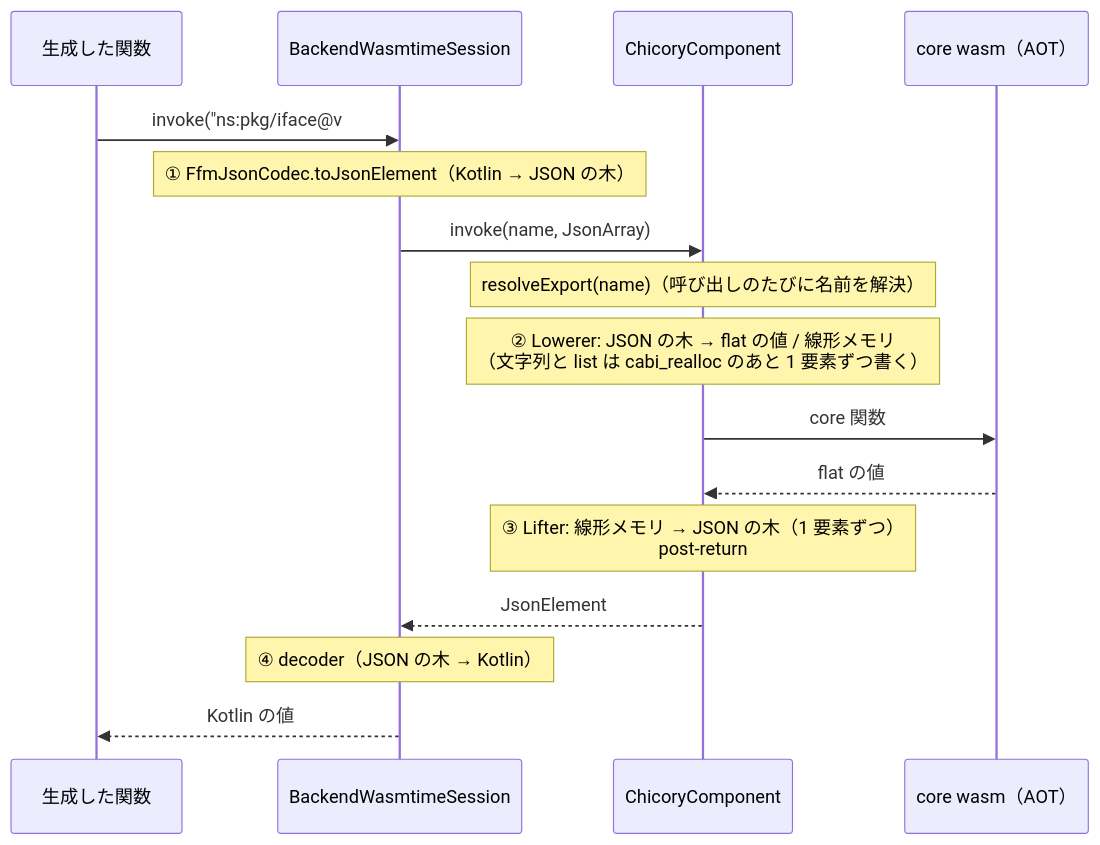
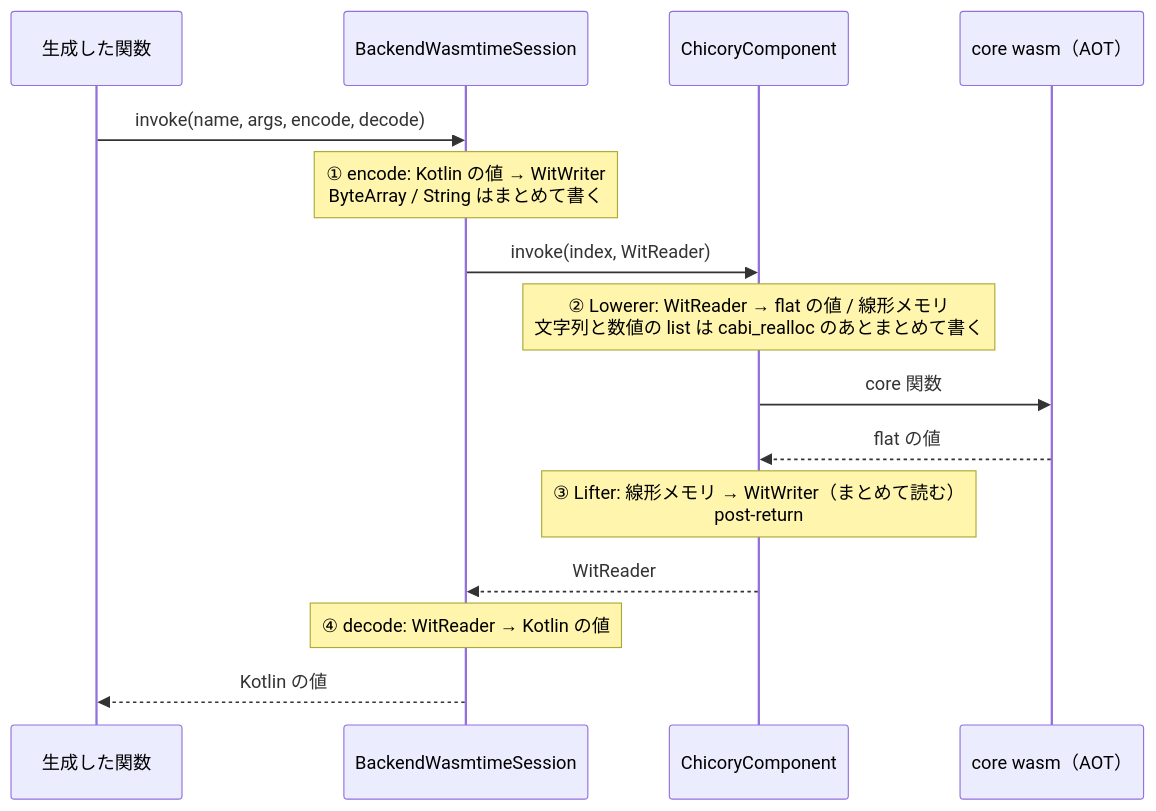
Before and after one commit to chikoski/wasm-component-kotlin: the first of 2 diagrams in docs/call-path.md, drawn with Mermaid. The commit also changed other lines of this file and 44 other files, not shown here.

````diff
--- a/docs/call-path.md
+++ b/docs/call-path.md
@@ -25,18 +31,17 @@
 ```mermaid
 sequenceDiagram
     participant G as 生成した関数
     participant B as BackendWasmtimeSession
     participant C as ChicoryComponent
     participant W as core wasm（AOT）
-    G->>B: invoke("ns:pkg/iface@v#f", decoder, args...)
-    Note over B: ① FfmJsonCodec.toJsonElement（Kotlin → JSON の木）
-    B->>C: invoke(name, JsonArray)
-    Note over C: resolveExport(name)（呼び出しのたびに名前を解決）
-    Note over C: ② Lowerer: JSON の木 → flat の値 / 線形メモリ<br/>（文字列と list は cabi_realloc のあと 1 要素ずつ書く）
+    G->>B: invoke(name, args, encode, decode)
+    Note over B: ① encode: Kotlin の値 → WitWriter<br/>ByteArray / String はまとめて書く
+    B->>C: invoke(index, WitReader)
+    Note over C: ② Lowerer: WitReader → flat の値 / 線形メモリ<br/>文字列と数値の list は cabi_realloc のあとまとめて書く
     C->>W: core 関数
     W-->>C: flat の値
-    Note over C: ③ Lifter: 線形メモリ → JSON の木（1 要素ずつ）<br/>post-return
-    C-->>B: JsonElement
-    Note over B: ④ decoder（JSON の木 → Kotlin）
+    Note over C: ③ Lifter: 線形メモリ → WitWriter（まとめて読む）<br/>post-return
+    C-->>B: WitReader
+    Note over B: ④ decode: WitReader → Kotlin の値
     B-->>G: Kotlin の値
 ```
````
